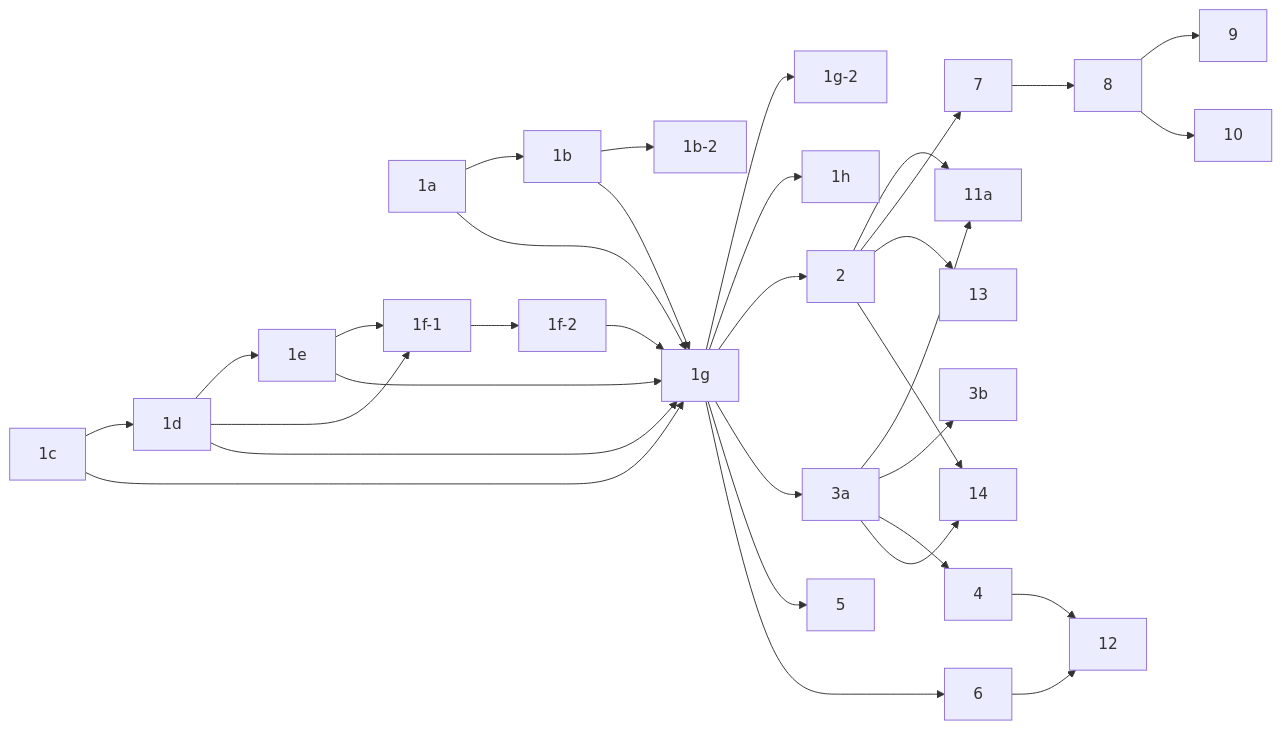
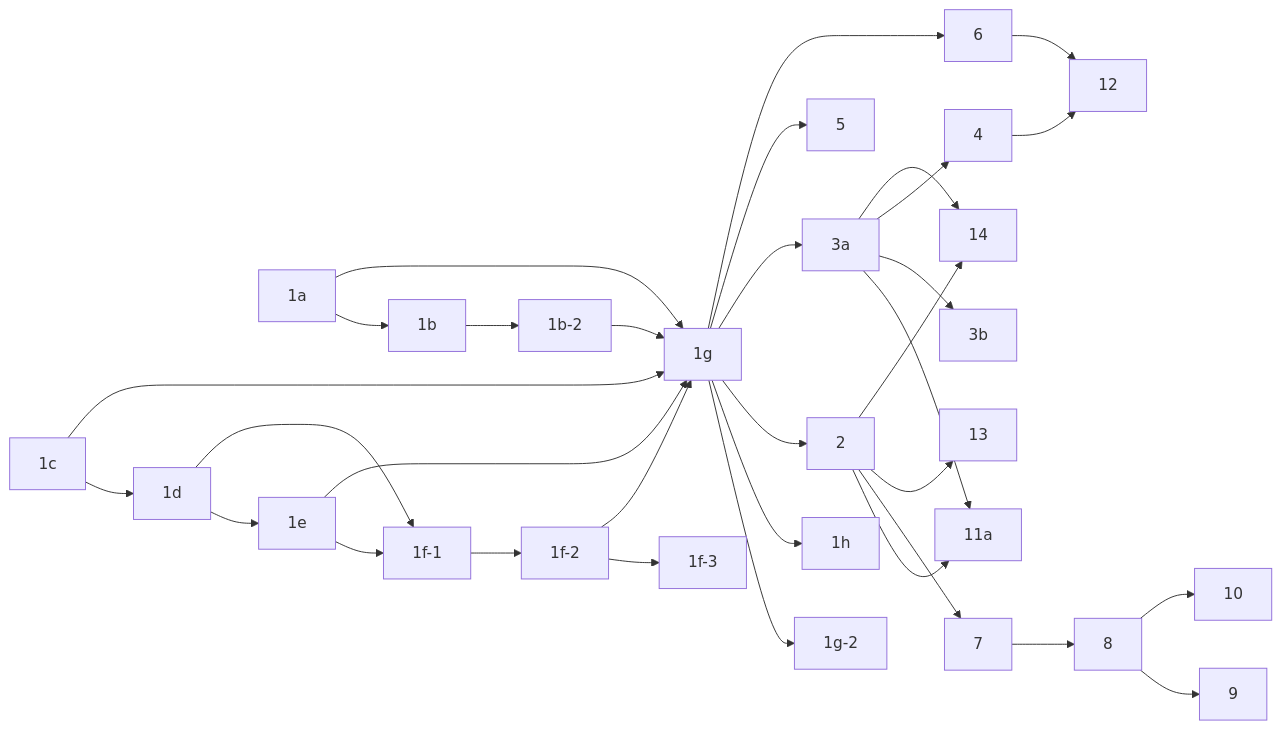
Before and after one commit to aws-solutions/konductor: the diagram in docs/design/workflows-plan.md, drawn with Mermaid. The commit also changed other lines of this file and 3 other files, not shown here.

````diff
--- a/docs/design/workflows-plan.md
+++ b/docs/design/workflows-plan.md
@@ -50,27 +50,28 @@
 ```mermaid
 flowchart LR
     s1a["1a"] --> s1b["1b"]
     s1b --> s1b2["1b-2"]
     s1c["1c"] --> s1d["1d"]
     s1d --> s1e["1e"]
     s1d & s1e --> s1f1["1f-1"]
     s1f1 --> s1f2["1f-2"]
-    s1a & s1b & s1c & s1d & s1e --> s1g["1g"]
+    s1f2 --> s1f3["1f-3"]
+    s1a & s1b2 & s1c & s1e --> s1g["1g"]
     s1f2 --> s1g
     s1g --> s1g2["1g-2"]
     s1g --> s1h["1h"]
     s1g --> s2["2"]
     s1g --> s3a["3a"]
     s2 & s3a --> s11a["11a"]
     s3a --> s3b["3b"]
     s3a --> s4["4"]
     s1g --> s5["5"]
     s1g --> s6["6"]
     s2 --> s7["7"]
     s7 --> s8["8"]
     s8 --> s9["9"]
     s8 --> s10["10"]
     s4 & s6 --> s12["12"]
     s2 --> s13["13"]
     s2 & s3a --> s14["14"]
 ```
````
